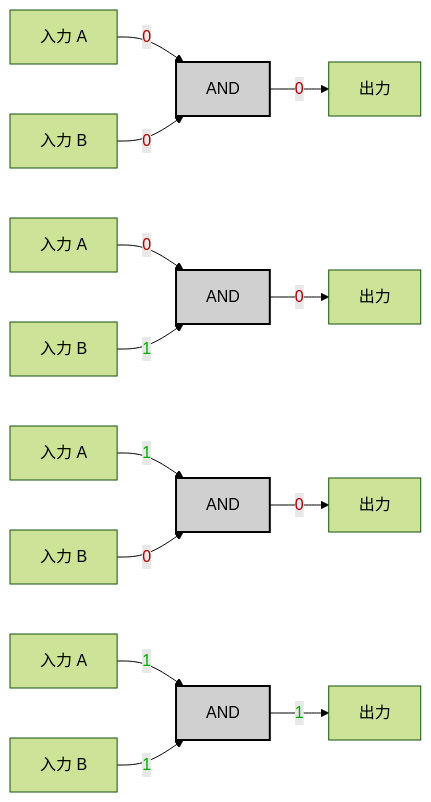
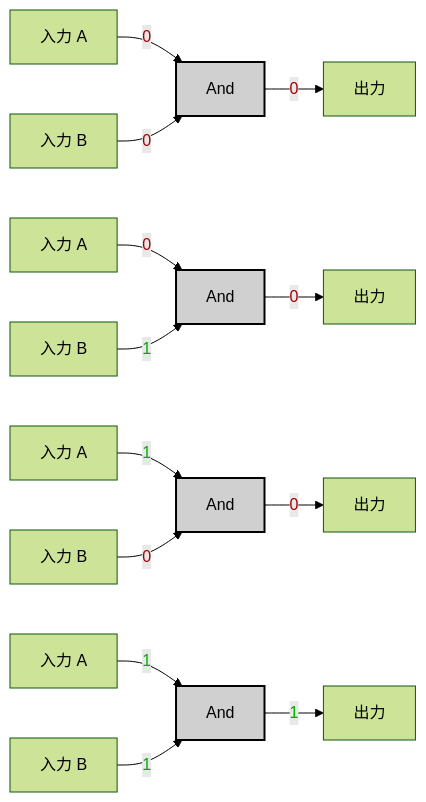
One commit to MeJamoLeo/Vault_Templates changed the first of 2 diagrams in 99_Projects/Nand2Tetris/HackHDL/02_AND.md. Above: the diagram before and after it, drawn with Mermaid (forest theme). The commit also changed other lines of this file and 4 other files, not shown here.

````diff
--- a/99_Projects/Nand2Tetris/HackHDL/02_AND.md
+++ b/99_Projects/Nand2Tetris/HackHDL/02_AND.md
@@ -22,20 +22,20 @@
 ```mermaid
 graph LR;
-    A0["入力 A"] -->|<span style="color:#a00">0</span>| AND0;
-    B0["入力 B"] -->|<span style="color:#a00">0</span>| AND0;
-    AND0["AND"]:::gate -->|<span style="color:#a00">0</span>| OUT0["出力"];
+    A0["入力 A"] -->|<span style="color:#a00">0</span>| And0;
+    B0["入力 B"] -->|<span style="color:#a00">0</span>| And0;
+    And0["And"]:::gate -->|<span style="color:#a00">0</span>| OUT0["出力"];
 
-    A1["入力 A"] -->|<span style="color:#a00">0</span>| AND1;
-    B1["入力 B"] -->|<span style="color:#0a0">1</span>| AND1;
-    AND1["AND"]:::gate -->|<span style="color:#a00">0</span>| OUT1["出力"];
+    A1["入力 A"] -->|<span style="color:#a00">0</span>| And1;
+    B1["入力 B"] -->|<span style="color:#0a0">1</span>| And1;
+    And1["And"]:::gate -->|<span style="color:#a00">0</span>| OUT1["出力"];
 
-    A2["入力 A"] -->|<span style="color:#0a0">1</span>| AND2;
-    B2["入力 B"] -->|<span style="color:#a00">0</span>| AND2;
-    AND2["AND"]:::gate -->|<span style="color:#a00">0</span>| OUT2["出力"];
+    A2["入力 A"] -->|<span style="color:#0a0">1</span>| And2;
+    B2["入力 B"] -->|<span style="color:#a00">0</span>| And2;
+    And2["And"]:::gate -->|<span style="color:#a00">0</span>| OUT2["出力"];
 
-    A3["入力 A"] -->|<span style="color:#0a0">1</span>| AND3;
-    B3["入力 B"] -->|<span style="color:#0a0">1</span>| AND3;
-    AND3["AND"]:::gate -->|<span style="color:#0a0">1</span>| OUT3["出力"];
+    A3["入力 A"] -->|<span style="color:#0a0">1</span>| And3;
+    B3["入力 B"] -->|<span style="color:#0a0">1</span>| And3;
+    And3["And"]:::gate -->|<span style="color:#0a0">1</span>| OUT3["出力"];
 
     classDef gate fill:#d0d0d0,stroke:#000,stroke-width:2px;
 ```
````
